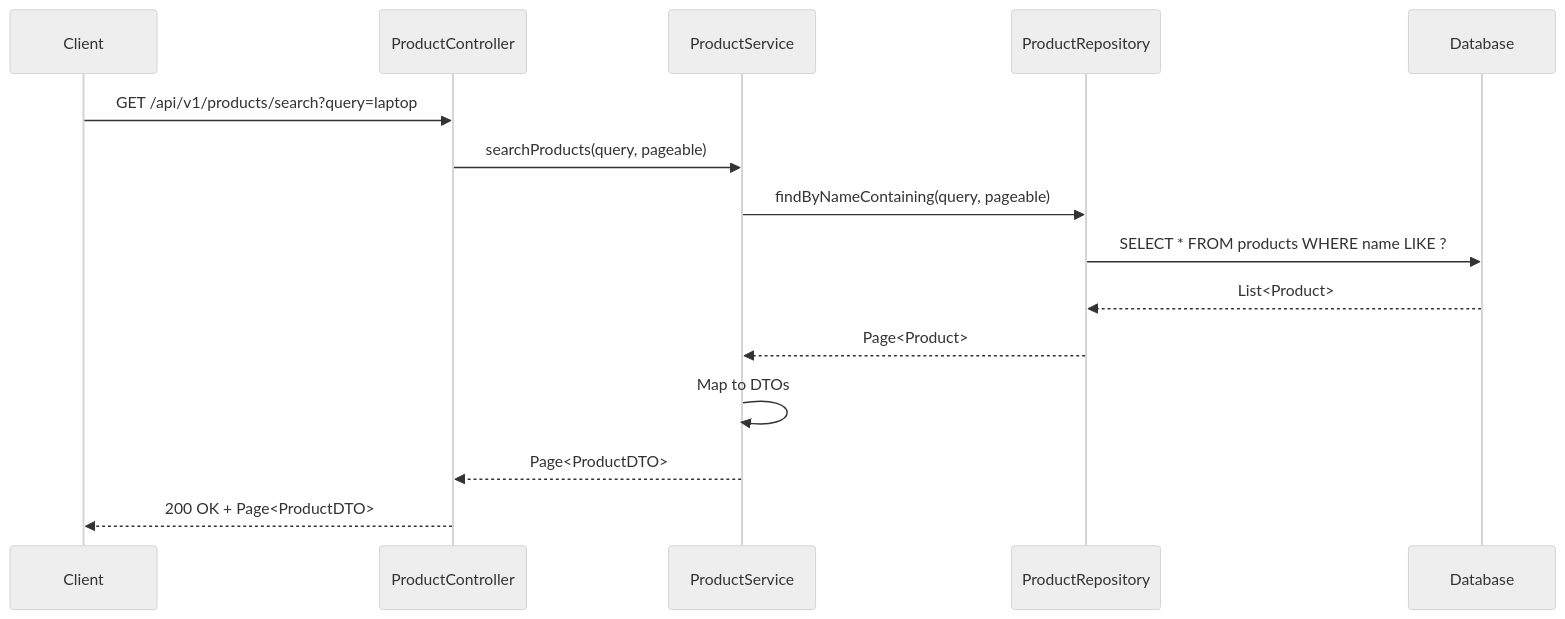
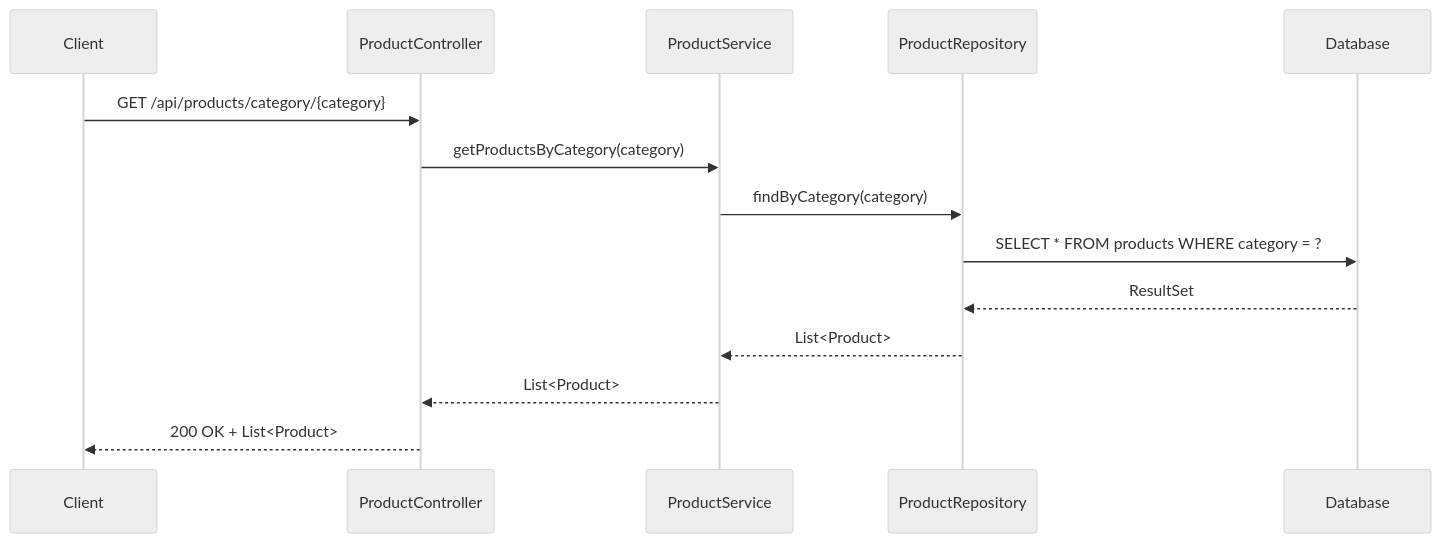
One commit to NavneetBN47/aava-ecom-demo changed diagram 14 of 26 in docs/LLD/modified_lld.md. Above: the diagram before and after it, drawn with Mermaid (neutral theme). The commit also changed other lines of this file, not shown here.

````diff
--- a/docs/LLD/modified_lld.md
+++ b/docs/LLD/modified_lld.md
@@ -1014,18 +1488,17 @@
 ```mermaid
 sequenceDiagram
     participant Client
-    participant Controller as ProductController
-    participant Service as ProductService
-    participant Repository as ProductRepository
-    participant DB as Database
+    participant ProductController
+    participant ProductService
+    participant ProductRepository
+    participant Database
     
-    Client->>Controller: GET /api/v1/products/search?query=laptop
-    Controller->>Service: searchProducts(query, pageable)
-    Service->>Repository: findByNameContaining(query, pageable)
-    Repository->>DB: SELECT * FROM products WHERE name LIKE ?
-    DB-->>Repository: List<Product>
-    Repository-->>Service: Page<Product>
-    Service->>Service: Map to DTOs
-    Service-->>Controller: Page<ProductDTO>
-    Controller-->>Client: 200 OK + Page<ProductDTO>
+    Client->>ProductController: GET /api/products/category/{category}
+    ProductController->>ProductService: getProductsByCategory(category)
+    ProductService->>ProductRepository: findByCategory(category)
+    ProductRepository->>Database: SELECT * FROM products WHERE category = ?
+    Database-->>ProductRepository: ResultSet
+    ProductRepository-->>ProductService: List<Product>
+    ProductService-->>ProductController: List<Product>
+    ProductController-->>Client: 200 OK + List<Product>
 ```
````
